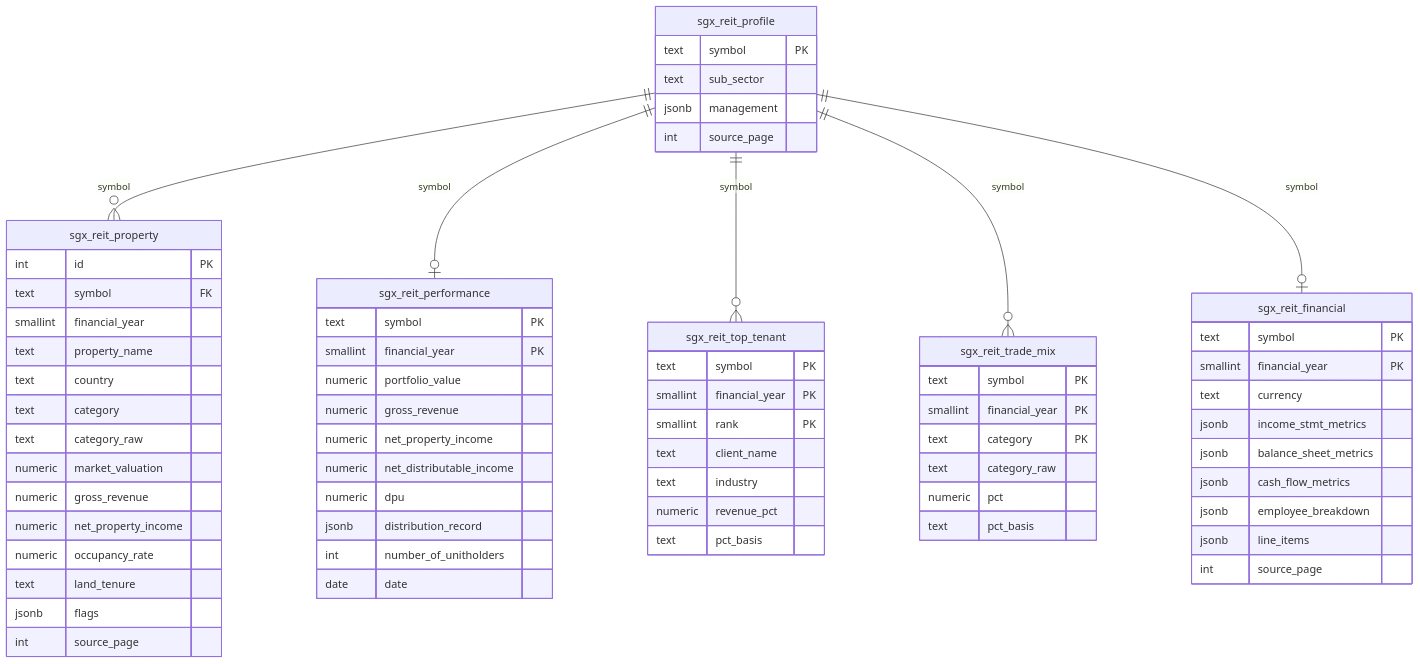
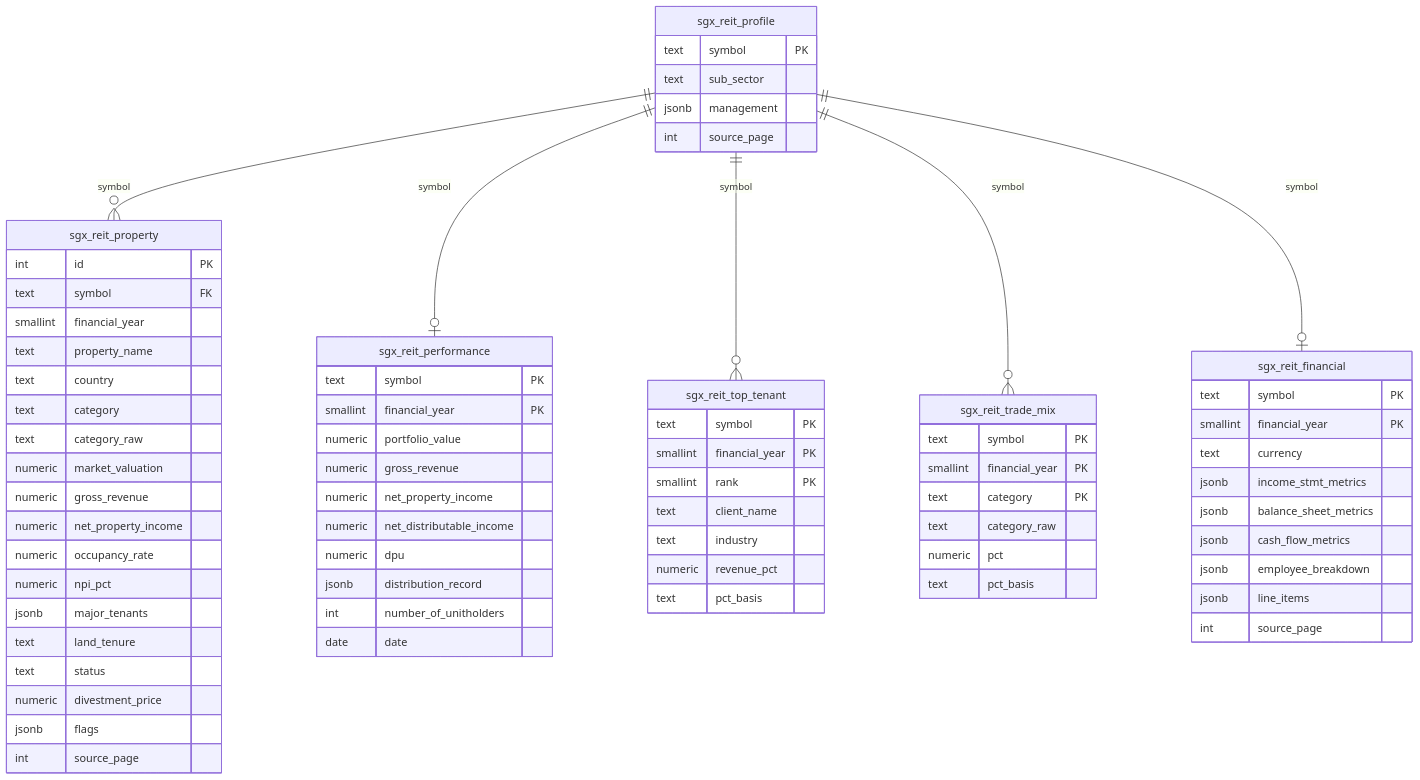
One commit to emrsyah/sg_reits changed the second of 2 diagrams in docs/reits_db_handoff/README.md. Above: the diagram before and after it, drawn with Mermaid. The commit also changed other lines of this file and 3 other files, not shown here.

First line of the commit message:
schema: add property.divestment_price; sync ERD with new fields

````diff
--- a/docs/reits_db_handoff/README.md
+++ b/docs/reits_db_handoff/README.md
@@ -74,71 +74,75 @@
 ```mermaid
 erDiagram
   sgx_reit_profile     ||--o{ sgx_reit_property     : "symbol"
   sgx_reit_profile     ||--o| sgx_reit_performance  : "symbol"
   sgx_reit_profile     ||--o{ sgx_reit_top_tenant   : "symbol"
   sgx_reit_profile     ||--o{ sgx_reit_trade_mix    : "symbol"
   sgx_reit_profile     ||--o| sgx_reit_financial    : "symbol"
 
   sgx_reit_profile {
     text  symbol PK
     text  sub_sector
     jsonb management
     int   source_page
   }
   sgx_reit_property {
     int      id PK
     text     symbol FK
     smallint financial_year
     text     property_name
     text     country
     text     category
     text     category_raw
     numeric  market_valuation
     numeric  gross_revenue
     numeric  net_property_income
     numeric  occupancy_rate
+    numeric  npi_pct
+    jsonb    major_tenants
     text     land_tenure
+    text     status
+    numeric  divestment_price
     jsonb    flags
     int      source_page
   }
   sgx_reit_performance {
     text     symbol PK
     smallint financial_year PK
     numeric  portfolio_value
     numeric  gross_revenue
     numeric  net_property_income
     numeric  net_distributable_income
     numeric  dpu
     jsonb    distribution_record
     int      number_of_unitholders
     date     date
   }
   sgx_reit_top_tenant {
     text     symbol PK
     smallint financial_year PK
     smallint rank PK
     text     client_name
     text     industry
     numeric  revenue_pct
     text     pct_basis
   }
   sgx_reit_trade_mix {
     text     symbol PK
     smallint financial_year PK
     text     category PK
     text     category_raw
     numeric  pct
     text     pct_basis
   }
   sgx_reit_financial {
     text     symbol PK
     smallint financial_year PK
     text     currency
     jsonb    income_stmt_metrics
     jsonb    balance_sheet_metrics
     jsonb    cash_flow_metrics
     jsonb    employee_breakdown
     jsonb    line_items
     int      source_page
   }
 ```
````
